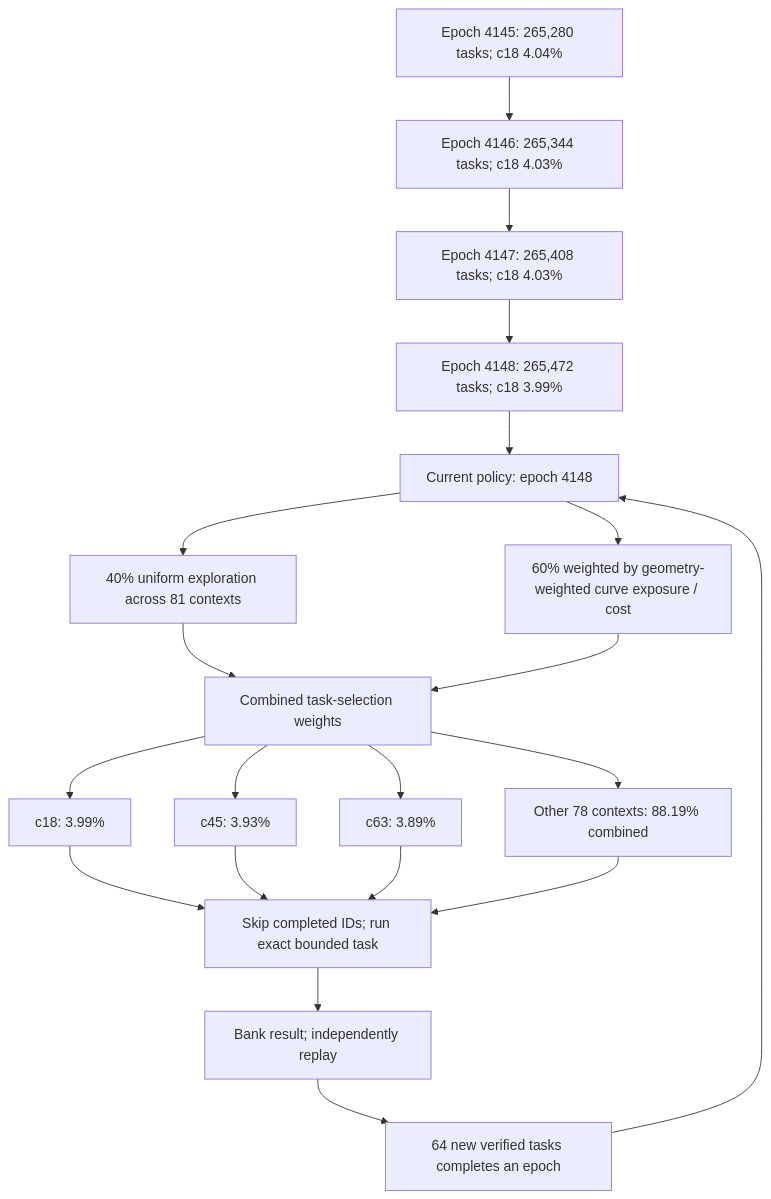
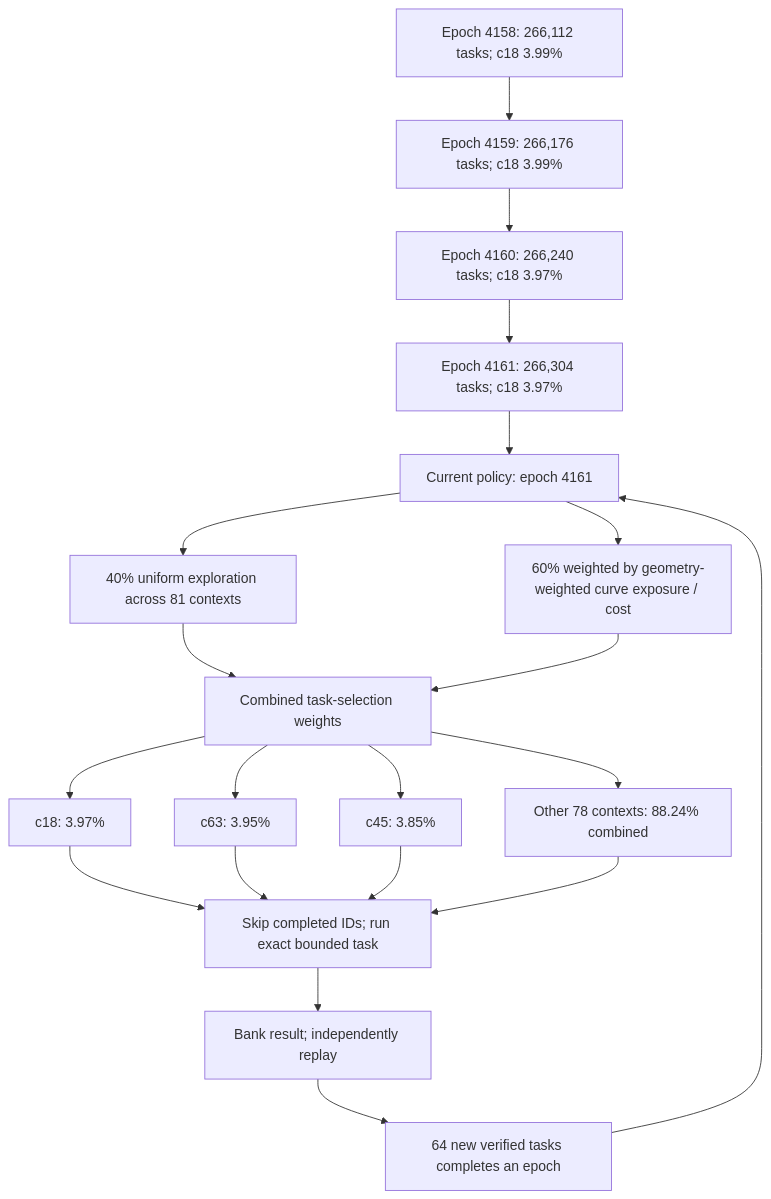
One commit to Kuberwastaken/math-gambling changed the first of 3 diagrams in README.md. Above: the diagram before and after it, drawn with Mermaid. The commit also changed other lines of this file and 2009 other files, not shown here.

````diff
--- a/README.md
+++ b/README.md
@@ -60,27 +60,27 @@
 ```mermaid
 flowchart TD
-    H0["Epoch 4145: 265,280 tasks; c18 4.04%"]
-    H1["Epoch 4146: 265,344 tasks; c18 4.03%"]
+    H0["Epoch 4158: 266,112 tasks; c18 3.99%"]
+    H1["Epoch 4159: 266,176 tasks; c18 3.99%"]
     H0 --> H1
-    H2["Epoch 4147: 265,408 tasks; c18 4.03%"]
+    H2["Epoch 4160: 266,240 tasks; c18 3.97%"]
     H1 --> H2
-    H3["Epoch 4148: 265,472 tasks; c18 3.99%"]
+    H3["Epoch 4161: 266,304 tasks; c18 3.97%"]
     H2 --> H3
-    Policy["Current policy: epoch 4148"]
+    Policy["Current policy: epoch 4161"]
     H3 --> Policy
     Policy --> Explore["40% uniform exploration across 81 contexts"]
     Policy --> Cost["60% weighted by geometry-weighted curve exposure / cost"]
     Explore --> Mix["Combined task-selection weights"]
     Cost --> Mix
-    Mix --> C0["c18: 3.99%"]
-    Mix --> C1["c45: 3.93%"]
-    Mix --> C2["c63: 3.89%"]
-    Mix --> Rest["Other 78 contexts: 88.19% combined"]
+    Mix --> C0["c18: 3.97%"]
+    Mix --> C1["c63: 3.95%"]
+    Mix --> C2["c45: 3.85%"]
+    Mix --> Rest["Other 78 contexts: 88.24% combined"]
     C0 --> Check["Skip completed IDs; run exact bounded task"]
     C1 --> Check
     C2 --> Check
     Rest --> Check
     Check --> Replay["Bank result; independently replay"]
     Replay --> Gate["64 new verified tasks completes an epoch"]
     Gate --> Policy
 ```
````
